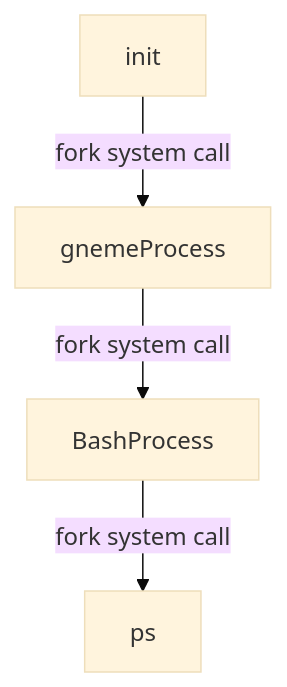
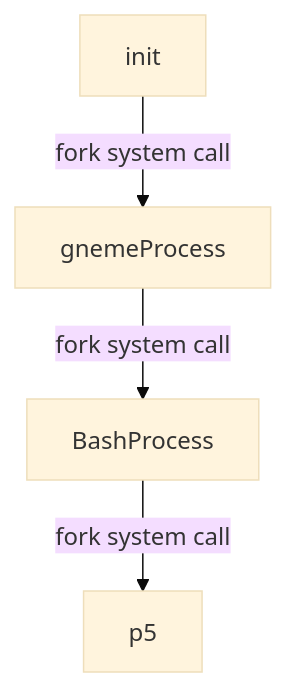
One commit to virtual-tech-school/virtual-tech-notes changed the first of 4 diagrams in linux-masterclass/05-processes/README.md. Above: the diagram before and after it, drawn with Mermaid (base theme). The commit also changed other lines of this file, not shown here.

````diff
--- a/linux-masterclass/05-processes/README.md
+++ b/linux-masterclass/05-processes/README.md
@@ -16,6 +18,6 @@
 ```mermaid
 graph TD;
     init-->|fork system call|gnemeProcess
     gnemeProcess-->|fork system call|BashProcess;
-    BashProcess-->|fork system call| ps;
+    BashProcess-->|fork system call| p5;
 ```
````
